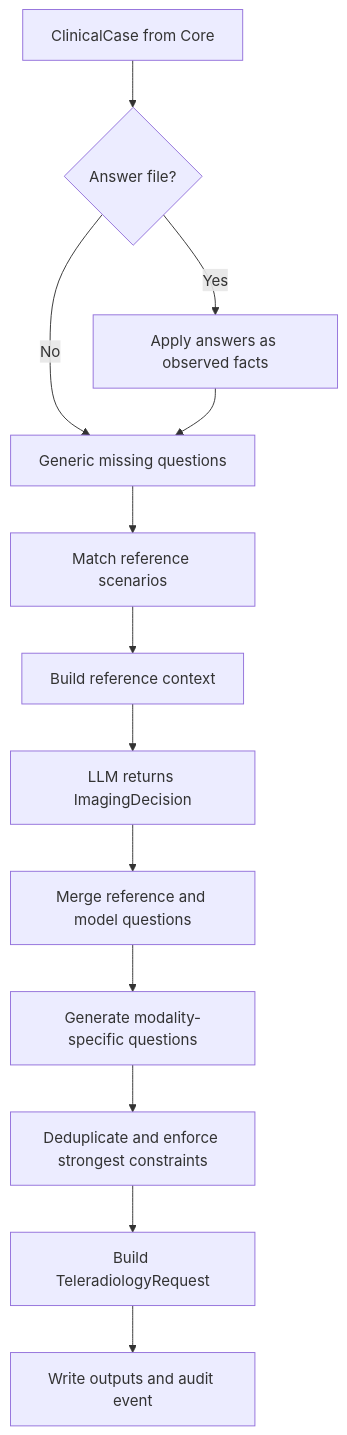
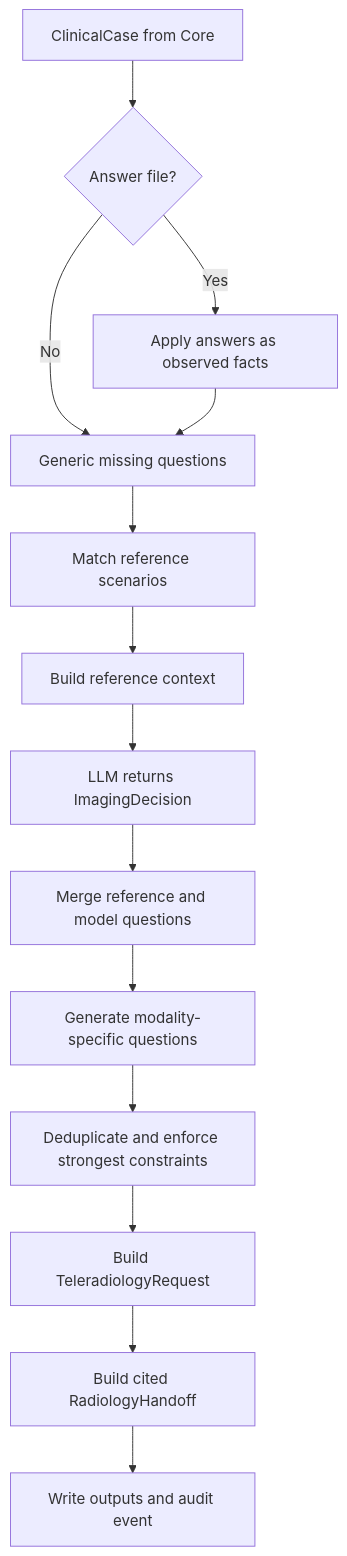
One commit to Thibescobar/bulkinout changed the diagram in docs/request.md. Above: the diagram before and after it, drawn with Mermaid. The commit also changed other lines of this file and 50 other files, not shown here.

Commit message:
Add interactive clarification and radiology handoff

````diff
--- a/docs/request.md
+++ b/docs/request.md
@@ -7,15 +7,16 @@
 ```mermaid
 flowchart TD
     A[ClinicalCase from Core] --> B{Answer file?}
     B -- Yes --> C[Apply answers as observed facts]
     B -- No --> D[Generic missing questions]
     C --> D
     D --> E[Match reference scenarios]
     E --> F[Build reference context]
     F --> G[LLM returns ImagingDecision]
     G --> H[Merge reference and model questions]
     H --> I[Generate modality-specific questions]
     I --> J[Deduplicate and enforce strongest constraints]
     J --> K[Build TeleradiologyRequest]
-    K --> L[Write outputs and audit event]
+    K --> L[Build cited RadiologyHandoff]
+    L --> M[Write outputs and audit event]
 ```
````
